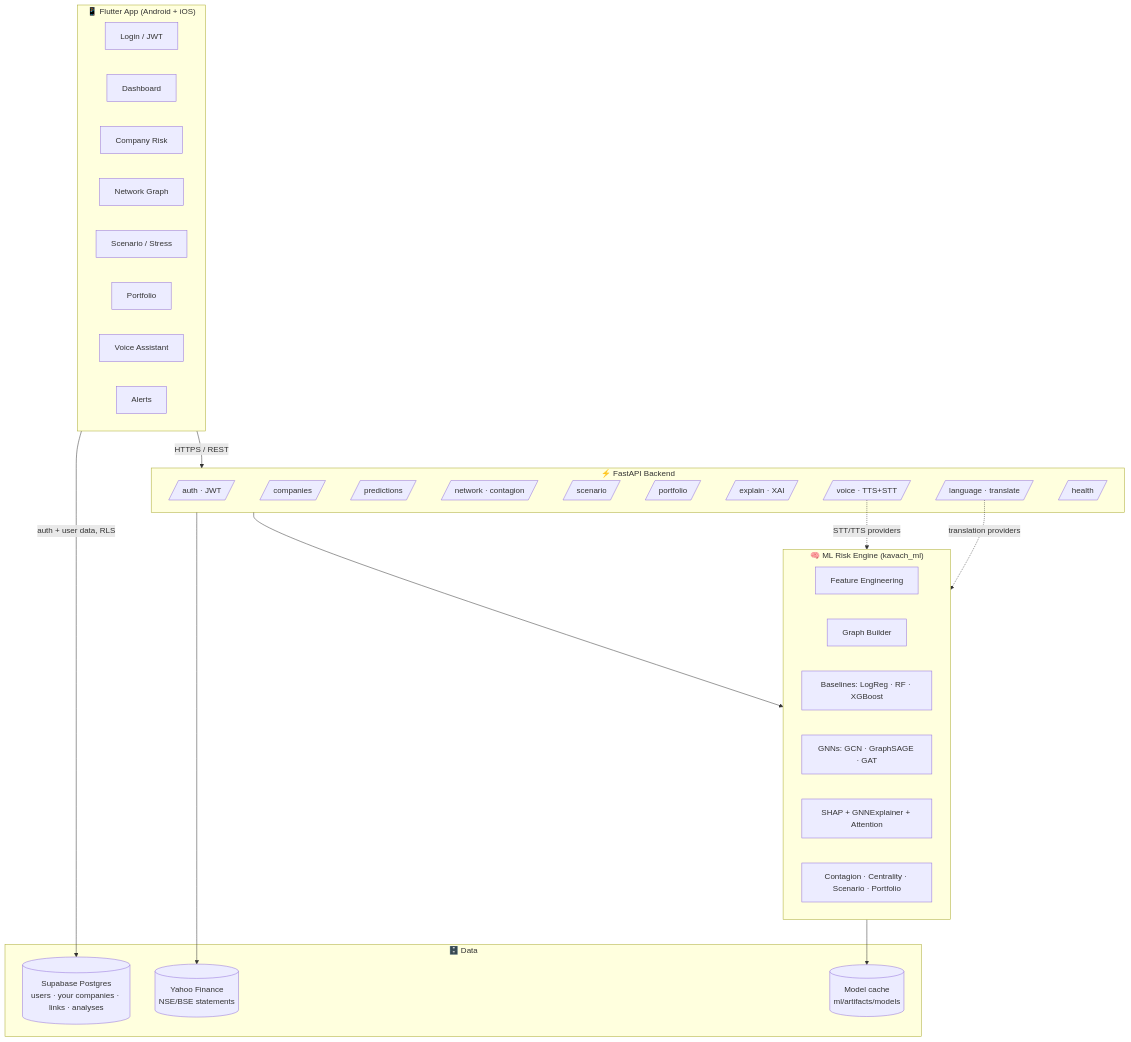
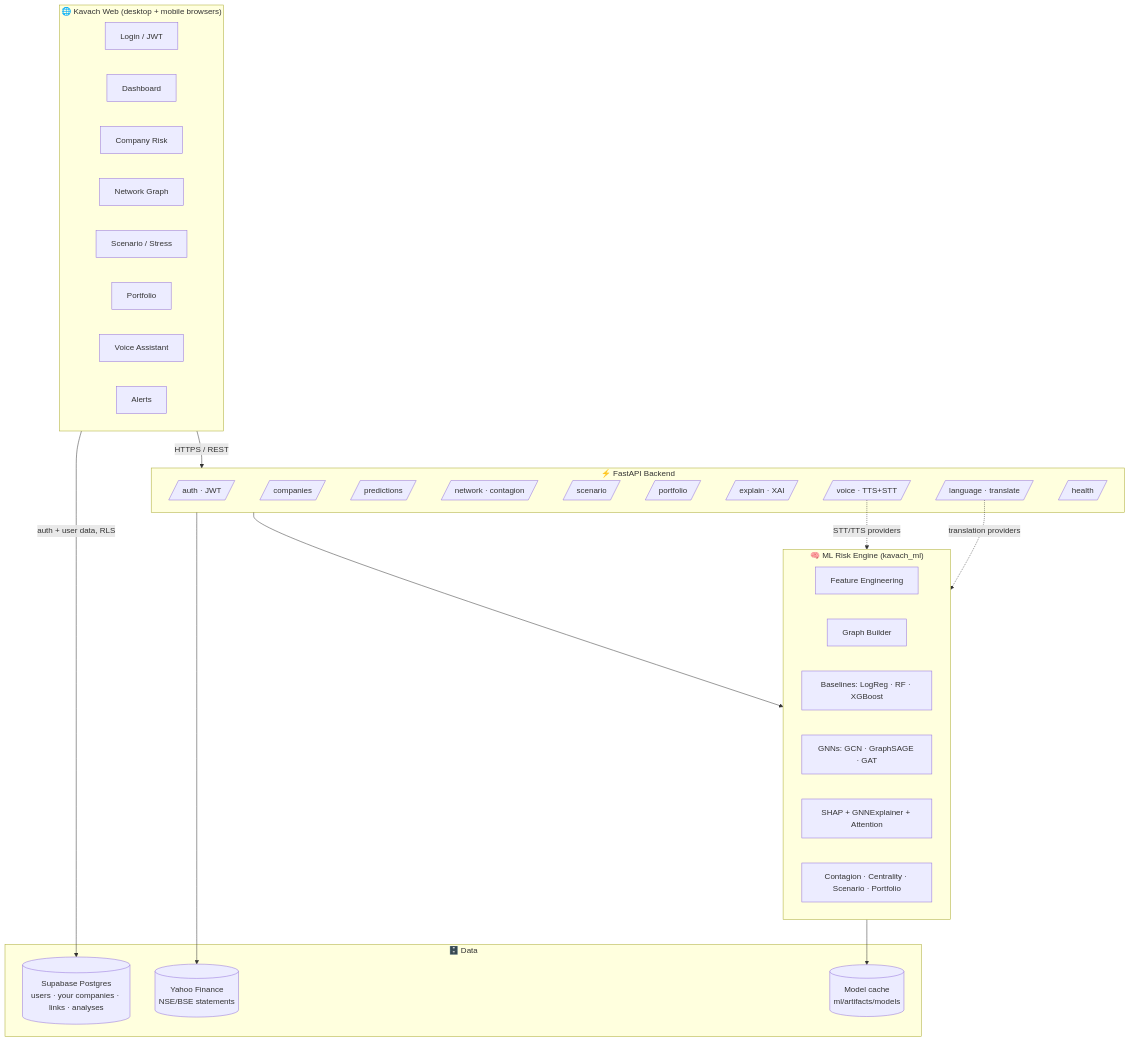
The first of 2 diagrams in README.md (VardaM0512/Kavach-Graph-Neural-Network-Risk-Intelligence), drawn with Mermaid before and after one commit. The commit also changed other lines of this file and 13 other files, not shown here.

Commit message:
Make Kavach a web-first app

````diff
--- a/README.md
+++ b/README.md
@@ -118,49 +119,49 @@
 ```mermaid
 flowchart TB
-    subgraph Client["📱 Flutter App (Android + iOS)"]
+    subgraph Client["🌐 Kavach Web (desktop + mobile browsers)"]
         L[Login / JWT]
         D[Dashboard]
         C[Company Risk]
         G[Network Graph]
         S[Scenario / Stress]
         P[Portfolio]
         V[Voice Assistant]
         A[Alerts]
     end
 
     subgraph API["⚡ FastAPI Backend"]
         AUTH[/auth · JWT/]
         COMP[/companies/]
         PRED[/predictions/]
         NET[/network · contagion/]
         SCEN[/scenario/]
         PORT[/portfolio/]
         EXP[/explain · XAI/]
         LANG[/language · translate/]
         VOICE[/voice · TTS+STT/]
         HEALTH[/health/]
     end
 
     subgraph Engine["🧠 ML Risk Engine (kavach_ml)"]
         FE[Feature Engineering]
         GB[Graph Builder]
         BASE[Baselines: LogReg · RF · XGBoost]
         GNN[GNNs: GCN · GraphSAGE · GAT]
         XAI[SHAP + GNNExplainer + Attention]
         AN[Contagion · Centrality · Scenario · Portfolio]
     end
 
     subgraph Data["🗄️ Data"]
         SB[(Supabase Postgres<br/>users · your companies · links · analyses)]
         YF[(Yahoo Finance<br/>NSE/BSE statements)]
         MC[(Model cache<br/>ml/artifacts/models)]
     end
 
     Client -->|auth + user data, RLS| SB
     Client -->|HTTPS / REST| API
     API --> Engine
     Engine --> MC
     API --> YF
     VOICE -.->|STT/TTS providers| Engine
     LANG -.->|translation providers| Engine
 ```
````
